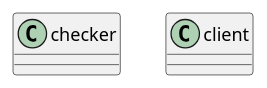
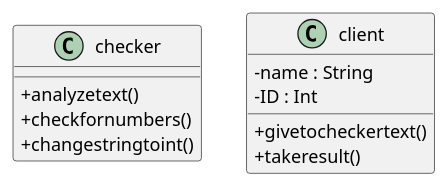
The diagram in ChangeStringtoInt.puml (Zulinol/Lab3), drawn with PlantUML before and after one commit.

Commit message:
Now, we give to classes attributes and operations that it must do.

```diff
--- a/ChangeStringtoInt.puml
+++ b/ChangeStringtoInt.puml
@@ -1,7 +1,17 @@
 @startuml
+skinparam classAttributeIconSize 0
 class checker {
++analyzetext()
++checkfornumbers()
++changestringtoint()
 }
 class client{
+-name : String
+-ID : Int
++givetocheckertext()
++takeresult()
 }
 
+
+
 @enduml
```
